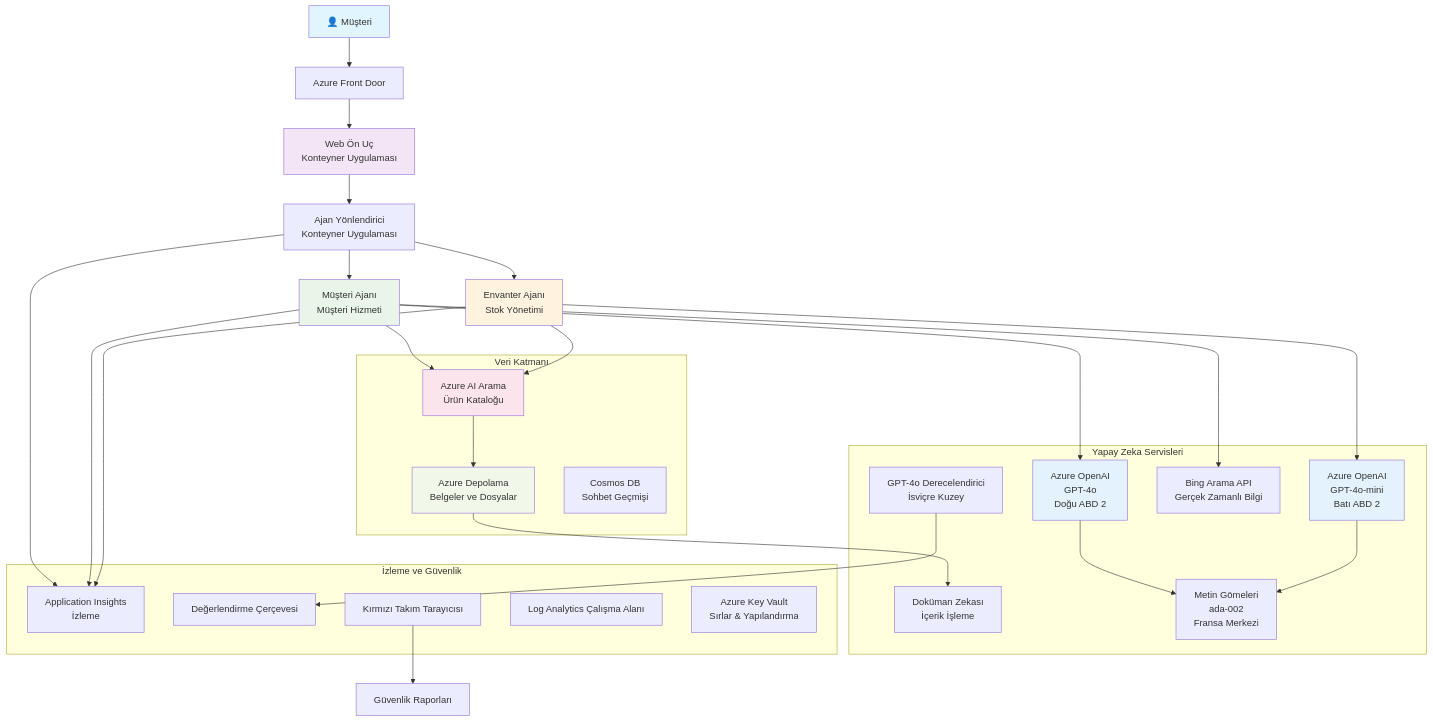
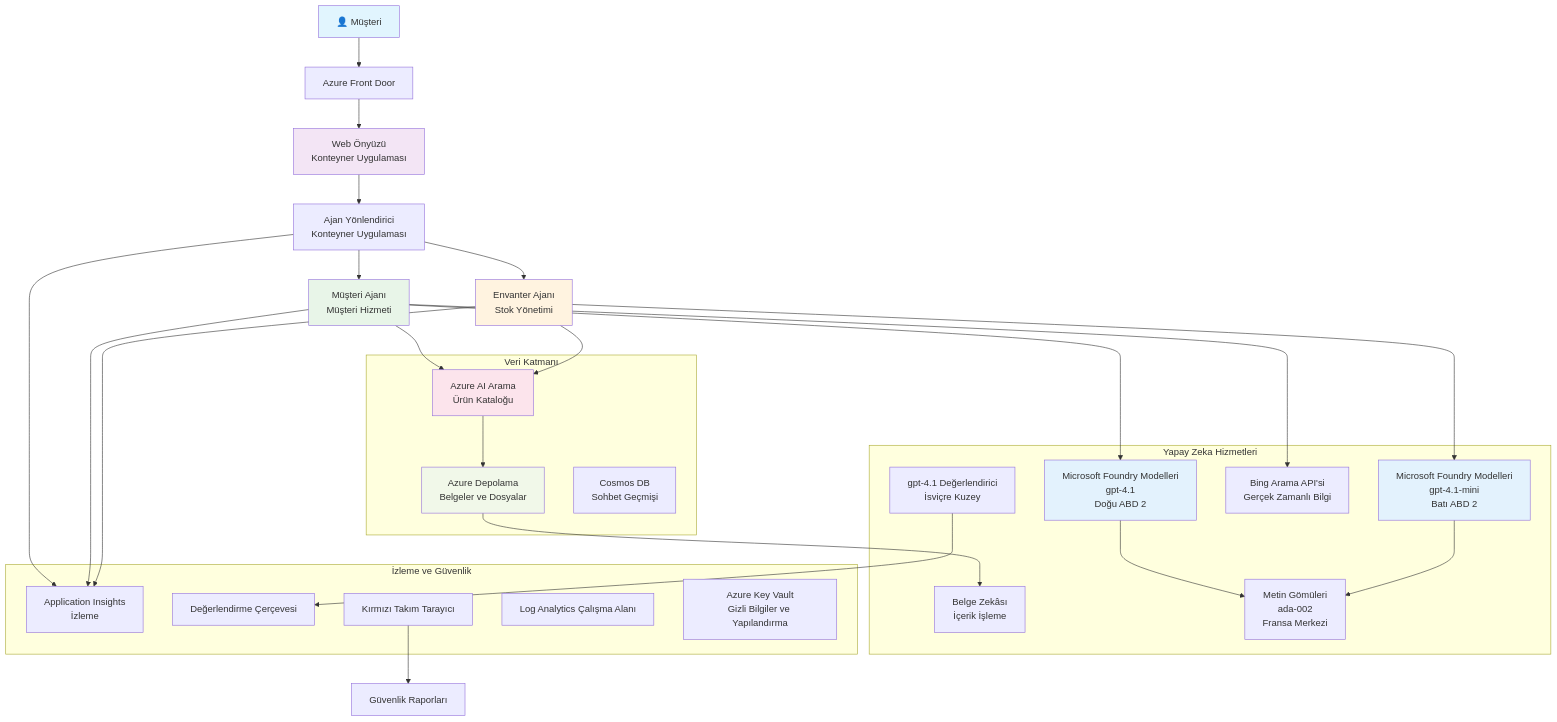
The diagram in translations/tr/examples/retail-scenario.md (microsoft/AZD-for-beginners), drawn with Mermaid before and after one commit. The commit also changed other lines of this file and 101 other files, not shown here.

````diff
--- a/translations/tr/examples/retail-scenario.md
+++ b/translations/tr/examples/retail-scenario.md
@@ -139,61 +139,61 @@
 ```mermaid
 graph TB
     User[👤 Müşteri] --> LB[Azure Front Door]
-    LB --> WebApp[Web Ön Uç<br/>Konteyner Uygulaması]
+    LB --> WebApp[Web Önyüzü<br/>Konteyner Uygulaması]
     
     WebApp --> Router[Ajan Yönlendirici<br/>Konteyner Uygulaması]
     Router --> CustomerAgent[Müşteri Ajanı<br/>Müşteri Hizmeti]
     Router --> InvAgent[Envanter Ajanı<br/>Stok Yönetimi]
     
-    CustomerAgent --> OpenAI1[Azure OpenAI<br/>GPT-4o<br/>Doğu ABD 2]
-    InvAgent --> OpenAI2[Azure OpenAI<br/>GPT-4o-mini<br/>Batı ABD 2]
+    CustomerAgent --> OpenAI1[Microsoft Foundry Modelleri<br/>gpt-4.1<br/>Doğu ABD 2]
+    InvAgent --> OpenAI2[Microsoft Foundry Modelleri<br/>gpt-4.1-mini<br/>Batı ABD 2]
     
     CustomerAgent --> AISearch[Azure AI Arama<br/>Ürün Kataloğu]
-    CustomerAgent --> BingSearch[Bing Arama API<br/>Gerçek Zamanlı Bilgi]
+    CustomerAgent --> BingSearch[Bing Arama API'si<br/>Gerçek Zamanlı Bilgi]
     InvAgent --> AISearch
     
     AISearch --> Storage[Azure Depolama<br/>Belgeler ve Dosyalar]
-    Storage --> DocIntel[Doküman Zekası<br/>İçerik İşleme]
+    Storage --> DocIntel[Belge Zekâsı<br/>İçerik İşleme]
     
-    OpenAI1 --> Embeddings[Metin Gömeleri<br/>ada-002<br/>Fransa Merkezi]
+    OpenAI1 --> Embeddings[Metin Gömüleri<br/>ada-002<br/>Fransa Merkezi]
     OpenAI2 --> Embeddings
     
     Router --> AppInsights[Application Insights<br/>İzleme]
     CustomerAgent --> AppInsights
     InvAgent --> AppInsights
     
-    GraderModel[GPT-4o Derecelendirici<br/>İsviçre Kuzey] --> Evaluation[Değerlendirme Çerçevesi]
-    RedTeam[Kırmızı Takım Tarayıcısı] --> SecurityReports[Güvenlik Raporları]
+    GraderModel[gpt-4.1 Değerlendirici<br/>İsviçre Kuzey] --> Evaluation[Değerlendirme Çerçevesi]
+    RedTeam[Kırmızı Takım Tarayıcı] --> SecurityReports[Güvenlik Raporları]
     
     subgraph "Veri Katmanı"
         Storage
         AISearch
         CosmosDB[Cosmos DB<br/>Sohbet Geçmişi]
     end
     
-    subgraph "Yapay Zeka Servisleri"
+    subgraph "Yapay Zeka Hizmetleri"
         OpenAI1
         OpenAI2
         Embeddings
         GraderModel
         DocIntel
         BingSearch
     end
     
     subgraph "İzleme ve Güvenlik"
         AppInsights
         LogAnalytics[Log Analytics Çalışma Alanı]
-        KeyVault[Azure Key Vault<br/>Sırlar & Yapılandırma]
+        KeyVault[Azure Key Vault<br/>Gizli Bilgiler ve Yapılandırma]
         RedTeam
         Evaluation
     end
     
     style User fill:#e1f5fe
     style WebApp fill:#f3e5f5
     style CustomerAgent fill:#e8f5e8
     style InvAgent fill:#fff3e0
     style OpenAI1 fill:#e3f2fd
     style OpenAI2 fill:#e3f2fd
     style AISearch fill:#fce4ec
     style Storage fill:#f1f8e9
 ```
````
